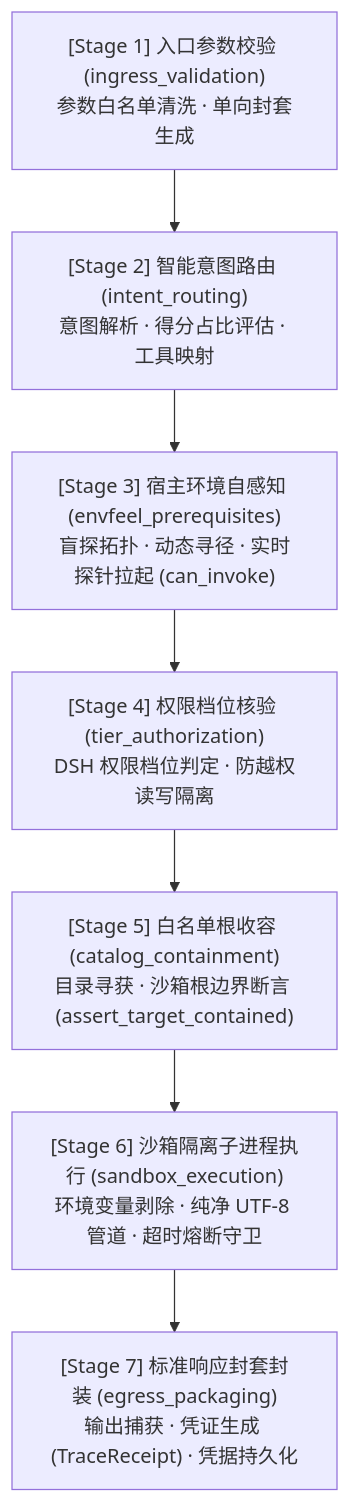
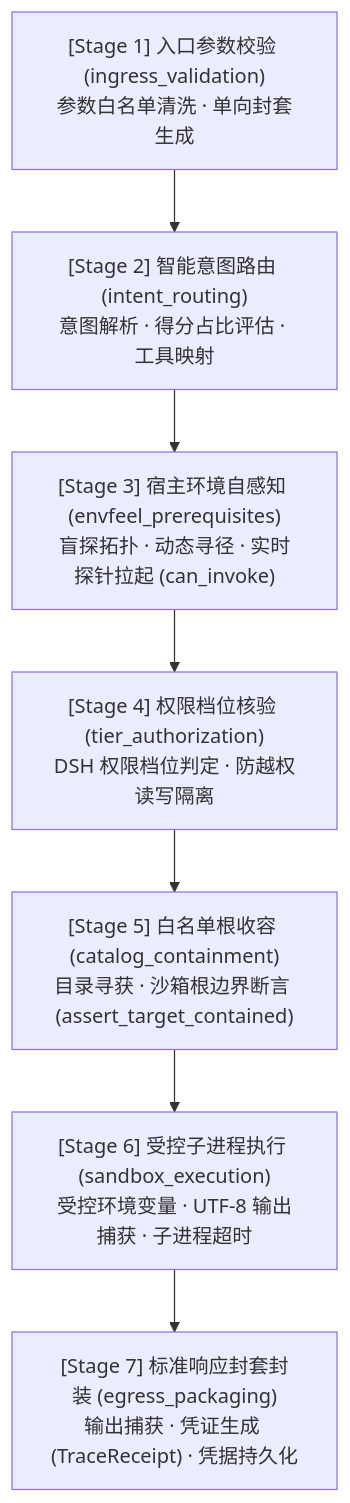
Before and after one commit to yanyu03/DSHA-Anty: the second of 2 diagrams in DSHA_OPEN_PROTOCOL_SPEC.md, drawn with Mermaid. The commit also changed other lines of this file, not shown here.

Commit message:
docs(KDI-01): clarify Stage 6 subprocess isolation boundary

````diff
--- a/DSHA_OPEN_PROTOCOL_SPEC.md
+++ b/DSHA_OPEN_PROTOCOL_SPEC.md
@@ -55,10 +55,10 @@
 ```mermaid
 flowchart TD
     S1["[Stage 1] 入口参数校验 (ingress_validation)<br/>参数白名单清洗 · 单向封套生成"] --> S2
     S2["[Stage 2] 智能意图路由 (intent_routing)<br/>意图解析 · 得分占比评估 · 工具映射"] --> S3
     S3["[Stage 3] 宿主环境自感知 (envfeel_prerequisites)<br/>盲探拓扑 · 动态寻径 · 实时探针拉起 (can_invoke)"] --> S4
     S4["[Stage 4] 权限档位核验 (tier_authorization)<br/>DSH 权限档位判定 · 防越权读写隔离"] --> S5
     S5["[Stage 5] 白名单根收容 (catalog_containment)<br/>目录寻获 · 沙箱根边界断言 (assert_target_contained)"] --> S6
-    S6["[Stage 6] 沙箱隔离子进程执行 (sandbox_execution)<br/>环境变量剥除 · 纯净 UTF-8 管道 · 超时熔断守卫"] --> S7
+    S6["[Stage 6] 受控子进程执行 (sandbox_execution)<br/>受控环境变量 · UTF-8 输出捕获 · 子进程超时"] --> S7
     S7["[Stage 7] 标准响应封套封装 (egress_packaging)<br/>输出捕获 · 凭证生成 (TraceReceipt) · 凭据持久化"]
 ```
````
